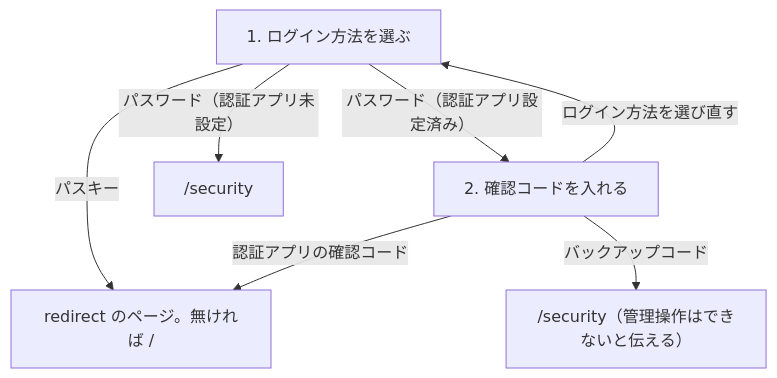
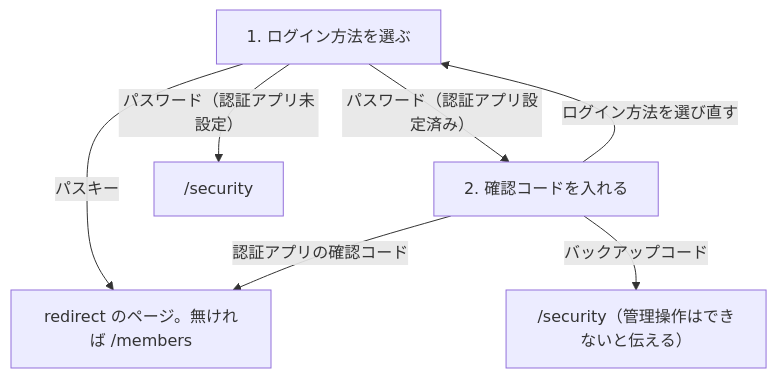
The diagram in apps/wiki/content/docs/pages/admin-login.md (masseater/typescript-template), drawn with Mermaid before and after one commit. The commit also changed other lines of this file and 9 other files, not shown here.

````diff
--- a/apps/wiki/content/docs/pages/admin-login.md
+++ b/apps/wiki/content/docs/pages/admin-login.md
@@ -49,9 +49,9 @@
 ```mermaid
 flowchart TD
-  choose["1. ログイン方法を選ぶ"] -- パスキー --> done["redirect のページ。無ければ /"]
+  choose["1. ログイン方法を選ぶ"] -- パスキー --> done["redirect のページ。無ければ /members"]
   choose -- "パスワード（認証アプリ設定済み）" --> totp["2. 確認コードを入れる"]
   choose -- "パスワード（認証アプリ未設定）" --> security["/security"]
   totp -- 認証アプリの確認コード --> done
   totp -- バックアップコード --> recovery["/security（管理操作はできないと伝える）"]
   totp -- ログイン方法を選び直す --> choose
 ```
````
